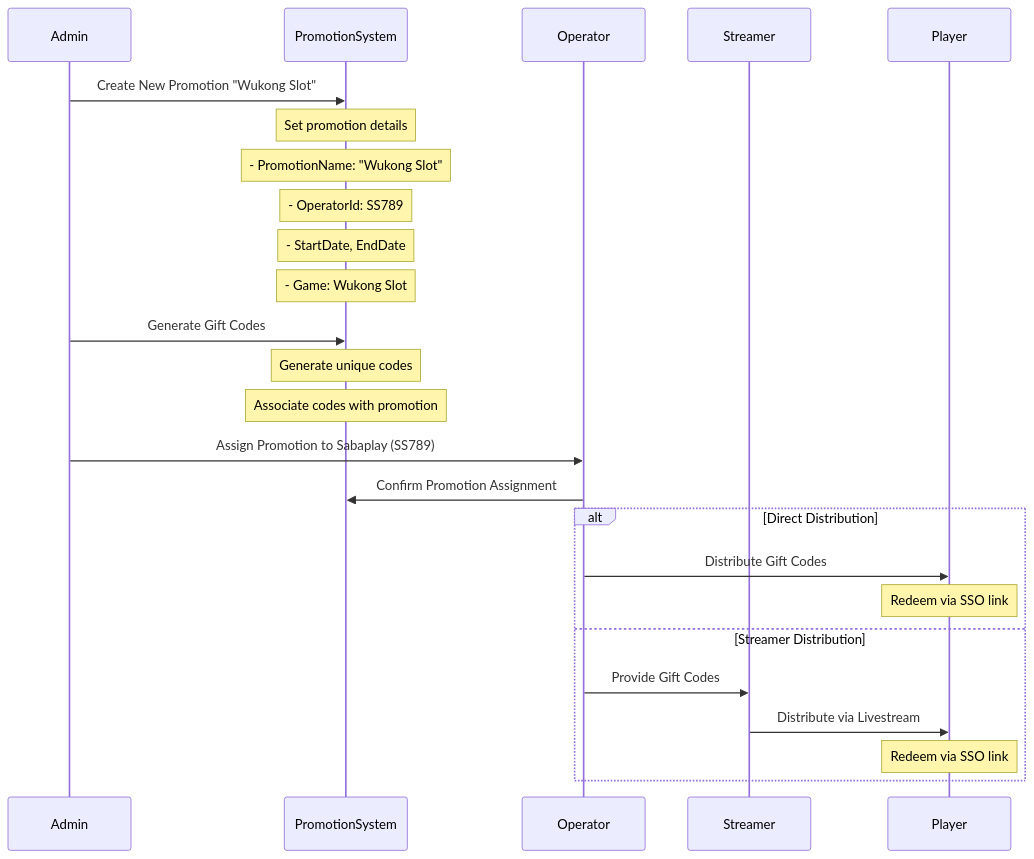
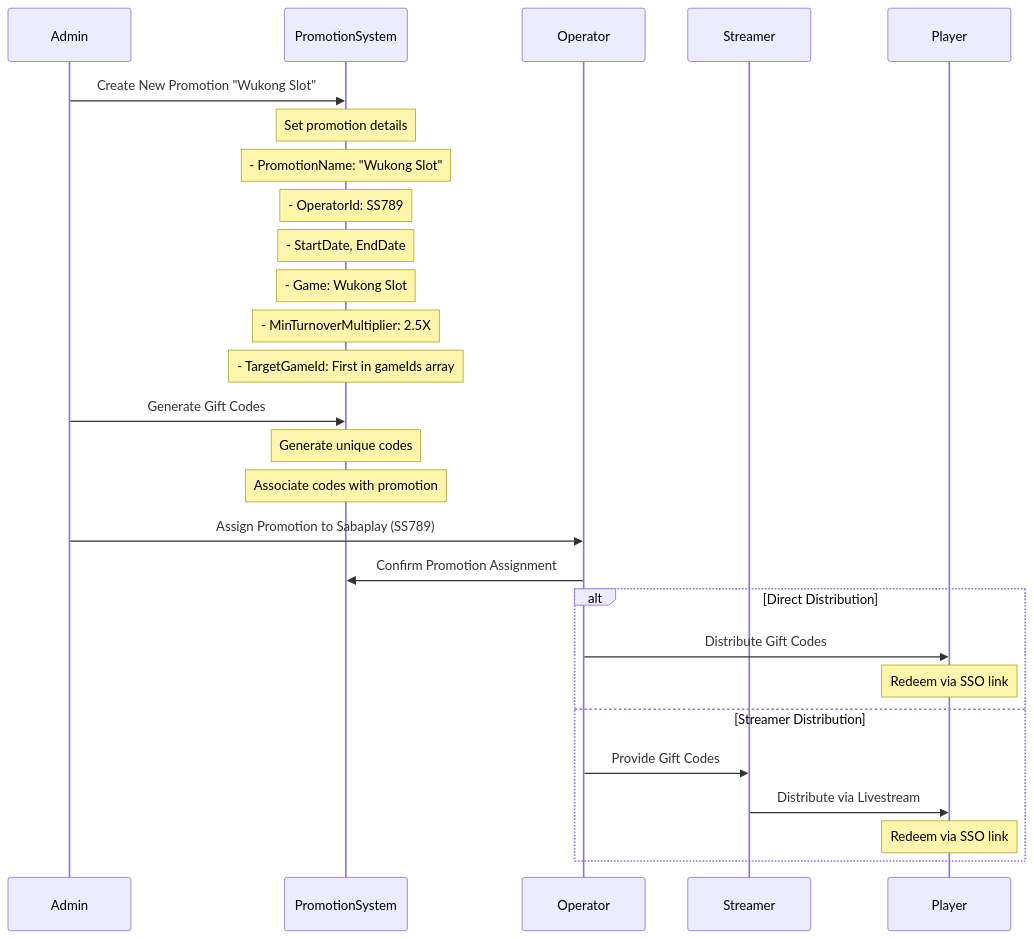
Before and after one commit to starixvn/l1_backend-services_game-promotion-api: the fourth of 4 diagrams in diagrams/data-models/PromotionConfiguration.md, drawn with Mermaid. The commit also changed other lines of this file and 3 other files, not shown here.

Commit message:
doc: add MinTurnoverMultiplier requirement

````diff
--- a/diagrams/data-models/PromotionConfiguration.md
+++ b/diagrams/data-models/PromotionConfiguration.md
@@ -201,31 +302,33 @@
 ```mermaid
 sequenceDiagram
     participant Admin
     participant PromotionSystem
     participant Operator
     participant Streamer
     participant Player
 
     Admin->>PromotionSystem: Create New Promotion "Wukong Slot"
     Note over PromotionSystem: Set promotion details
     Note over PromotionSystem: - PromotionName: "Wukong Slot"
     Note over PromotionSystem: - OperatorId: SS789
     Note over PromotionSystem: - StartDate, EndDate
     Note over PromotionSystem: - Game: Wukong Slot
+    Note over PromotionSystem: - MinTurnoverMultiplier: 2.5X
+    Note over PromotionSystem: - TargetGameId: First in gameIds array
 
     Admin->>PromotionSystem: Generate Gift Codes
     Note over PromotionSystem: Generate unique codes
     Note over PromotionSystem: Associate codes with promotion
 
     Admin->>Operator: Assign Promotion to Sabaplay (SS789)
     Operator->>PromotionSystem: Confirm Promotion Assignment
 
     alt Direct Distribution
         Operator->>Player: Distribute Gift Codes
         Note over Player: Redeem via SSO link
     else Streamer Distribution
         Operator->>Streamer: Provide Gift Codes
         Streamer->>Player: Distribute via Livestream
         Note over Player: Redeem via SSO link
     end
 ```
````
